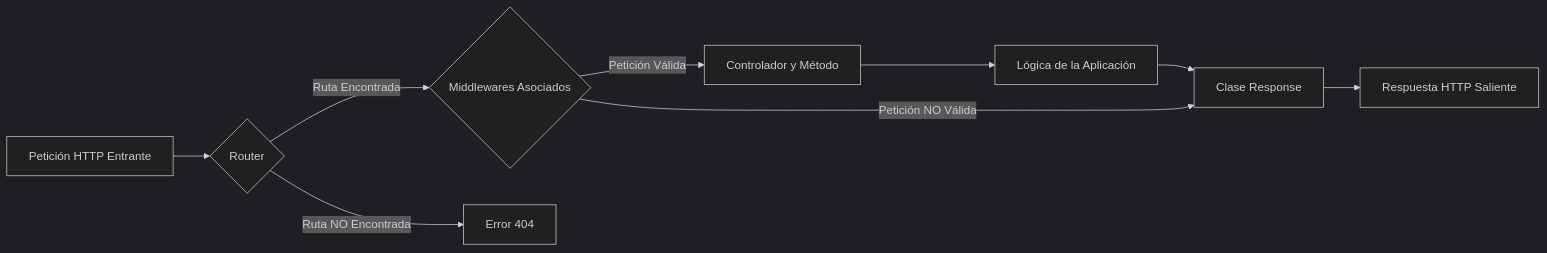
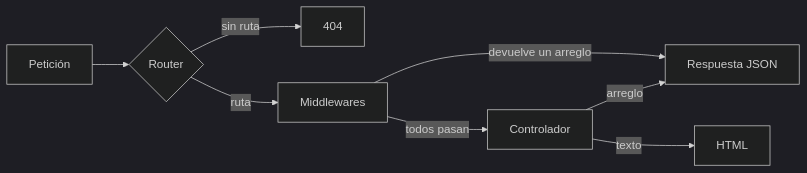
The diagram in documentacion/Enrutamiento.md (kriollo/versaWYS), drawn with Mermaid (dark theme) before and after one commit. The commit also changed other lines of this file and 16 other files, not shown here.

````diff
--- a/documentacion/Enrutamiento.md
+++ b/documentacion/Enrutamiento.md
@@ -11,11 +5,10 @@
 ```mermaid
 graph LR
-    A[Petición HTTP Entrante] --> B{Router};
-    B -- Ruta Encontrada --> C{Middlewares Asociados};
-    C -- Petición Válida --> D[Controlador y Método];
-    D --> E[Lógica de la Aplicación];
-    E --> F[Clase Response];
-    F --> G[Respuesta HTTP Saliente];
-    B -- Ruta NO Encontrada --> H[Error 404];
-    C -- Petición NO Válida --> F;
+    A[Petición] --> B{Router}
+    B -- sin ruta --> H[404]
+    B -- ruta --> C[Middlewares]
+    C -- devuelve un arreglo --> R[Respuesta JSON]
+    C -- todos pasan --> D[Controlador]
+    D -- arreglo --> R
+    D -- texto --> T[HTML]
 ```
````
